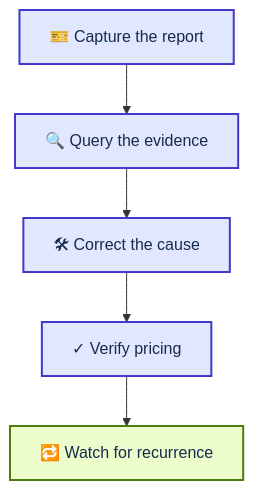
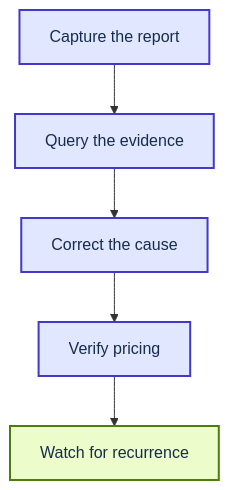
Before and after one commit to Acestus/portfolio: the diagram in site/content/articles/pricing-operations-investigation-and-verification.md, drawn with Mermaid. The commit also changed 46 other files, not shown here.

Commit message:
Remove emoji from diagrams and use Azure SVG icons

````diff
--- a/site/content/articles/pricing-operations-investigation-and-verification.md
+++ b/site/content/articles/pricing-operations-investigation-and-verification.md
@@ -95,13 +95,13 @@
 ```mermaid
 flowchart TD
   accTitle: From a pricing discrepancy to a verified correction
-  n0["🎫 Capture the report"] --> n1
-  n1["🔍 Query the evidence"] --> n2
-  n2["🛠 Correct the cause"] --> n3
-  n3["✓ Verify pricing"] --> n4
-  n4["🔁 Watch for recurrence"]
+  n0[" Capture the report"] --> n1
+  n1[" Query the evidence"] --> n2
+  n2[" Correct the cause"] --> n3
+  n3[" Verify pricing"] --> n4
+  n4[" Watch for recurrence"]
   classDef process fill:#E0E7FF,stroke:#4338CA,color:#172B4D,stroke-width:2px
   classDef result fill:#ECFCCB,stroke:#4D7C0F,color:#172B4D,stroke-width:2px
   class n0,n1,n2,n3 process
   class n4 result
 ```
````
